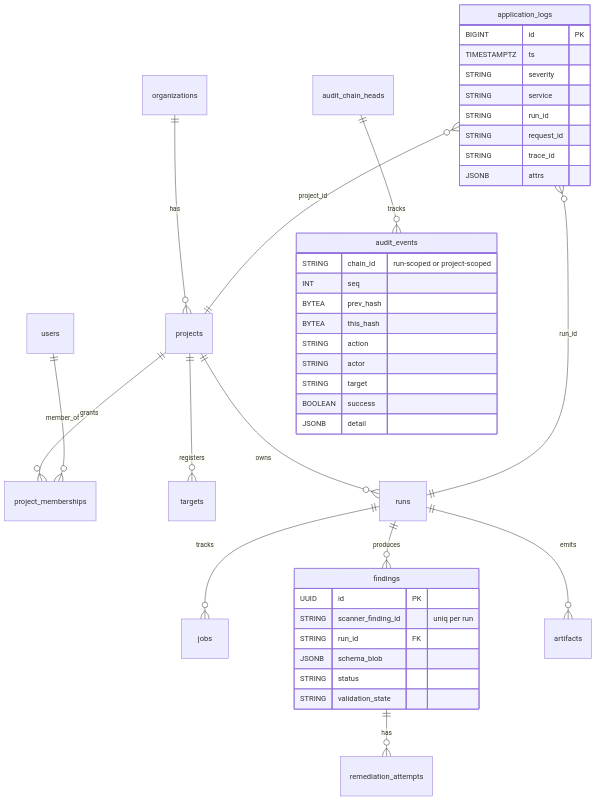
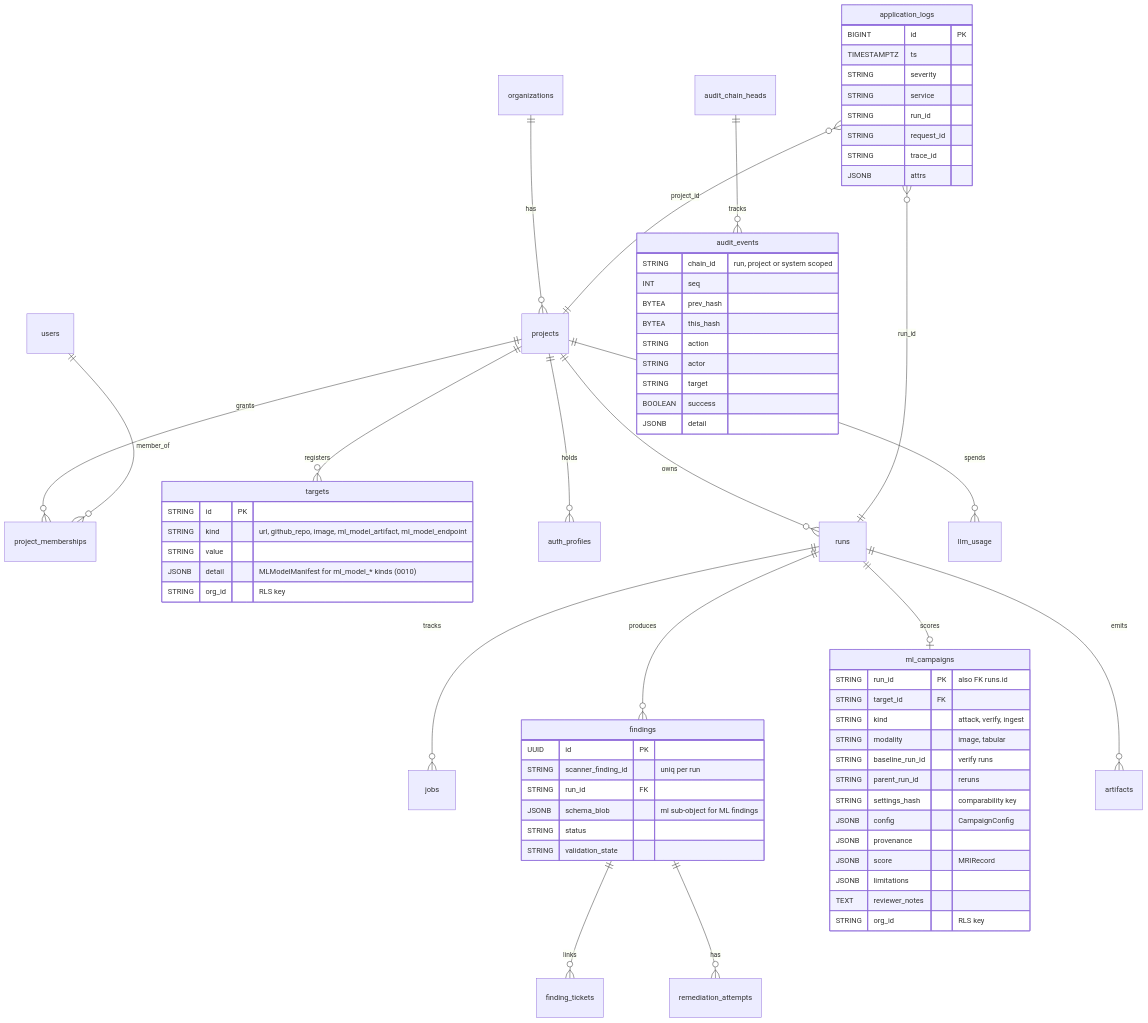
Before and after one commit to IntelliBridge/ndia-red-team-simulator: the fourth of 5 diagrams in docs/architecture/overview.md, drawn with Mermaid. The commit also changed other lines of this file and 32 other files, not shown here.

First line of the commit message:
docs: refresh to redsim/P0 truth + Archify architecture diagrams (#20)

````diff
--- a/docs/architecture/overview.md
+++ b/docs/architecture/overview.md
@@ -187,45 +255,71 @@
 ```mermaid
 erDiagram
     organizations ||--o{ projects : has
     projects ||--o{ project_memberships : grants
     users ||--o{ project_memberships : member_of
     projects ||--o{ targets : registers
+    projects ||--o{ auth_profiles : holds
     projects ||--o{ runs : owns
     runs ||--o{ jobs : tracks
     runs ||--o{ findings : produces
+    runs ||--o| ml_campaigns : scores
+    findings ||--o{ finding_tickets : links
     findings ||--o{ remediation_attempts : has
     runs ||--o{ artifacts : emits
+    projects ||--o{ llm_usage : spends
     audit_chain_heads ||--o{ audit_events : tracks
     application_logs }o--|| projects : project_id
     application_logs }o--|| runs : run_id
 
+    targets {
+        STRING id PK
+        STRING kind "url, github_repo, image, ml_model_artifact, ml_model_endpoint"
+        STRING value
+        JSONB detail "MLModelManifest for ml_model_* kinds (0010)"
+        STRING org_id "RLS key"
+    }
+    ml_campaigns {
+        STRING run_id PK "also FK runs.id"
+        STRING target_id FK
+        STRING kind "attack, verify, ingest"
+        STRING modality "image, tabular"
+        STRING baseline_run_id "verify runs"
+        STRING parent_run_id "reruns"
+        STRING settings_hash "comparability key"
+        JSONB config "CampaignConfig"
+        JSONB provenance
+        JSONB score "MRIRecord"
+        JSONB limitations
+        TEXT reviewer_notes
+        STRING org_id "RLS key"
+    }
     findings {
         UUID id PK
         STRING scanner_finding_id "uniq per run"
         STRING run_id FK
-        JSONB schema_blob
+        JSONB schema_blob "ml sub-object for ML findings"
         STRING status
         STRING validation_state
     }
     audit_events {
-        STRING chain_id "run-scoped or project-scoped"
+        STRING chain_id "run, project or system scoped"
         INT seq
         BYTEA prev_hash
         BYTEA this_hash
         STRING action
         STRING actor
         STRING target
         BOOLEAN success
         JSONB detail
     }
     application_logs {
         BIGINT id PK
         TIMESTAMPTZ ts
         STRING severity
         STRING service
         STRING run_id
         STRING request_id
         STRING trace_id
         JSONB attrs
     }
 ```
````
